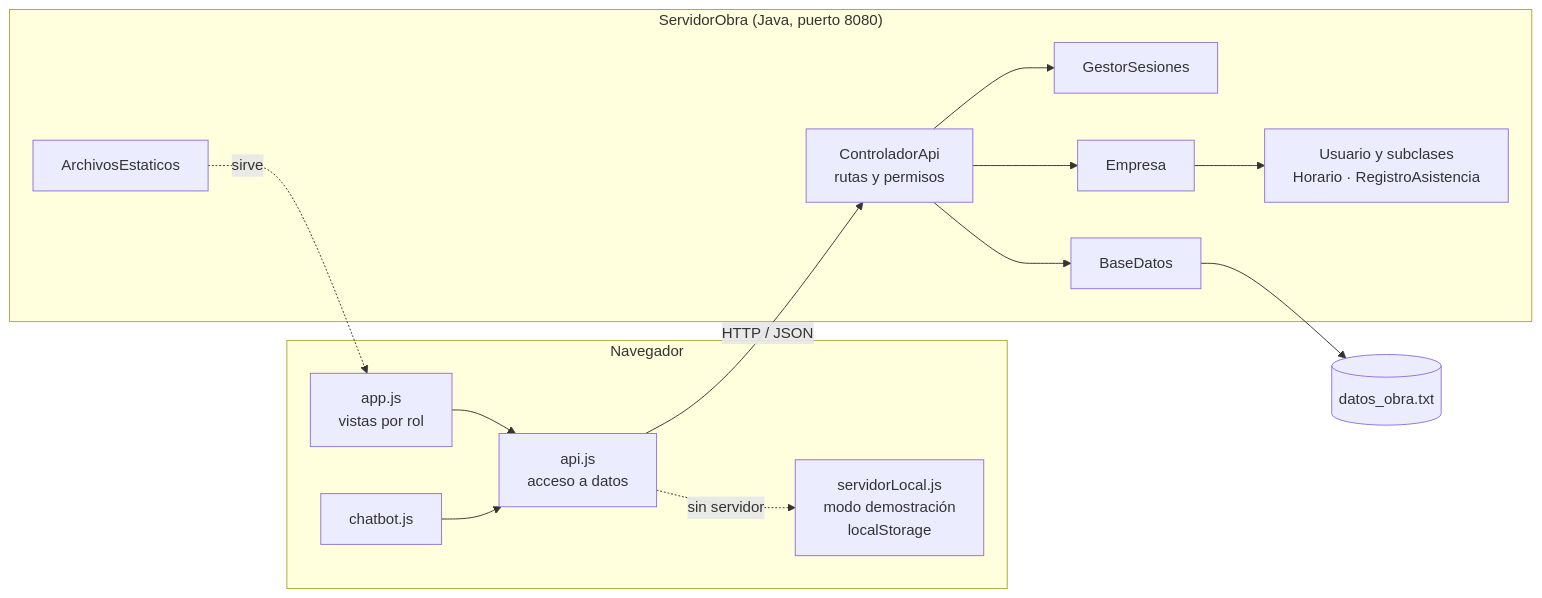
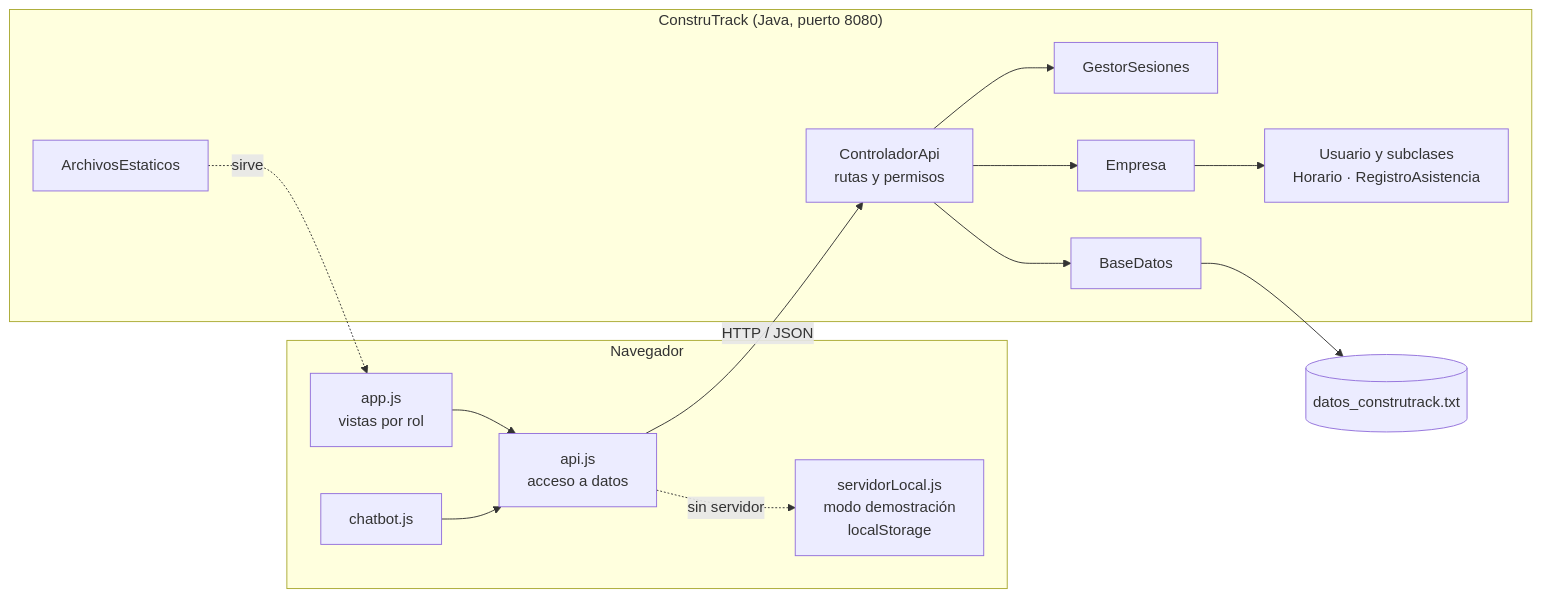
One commit to diavolo34/Proyecto-Poo changed the diagram in README.md. Above: the diagram before and after it, drawn with Mermaid. The commit also changed other lines of this file and 5 other files, not shown here.

````diff
--- a/README.md
+++ b/README.md
@@ -45,17 +45,17 @@
 ```mermaid
 flowchart LR
     subgraph Navegador
         UI[app.js<br/>vistas por rol] --> API[api.js<br/>acceso a datos]
         BOT[chatbot.js] --> API
         API -. sin servidor .-> DEMO[servidorLocal.js<br/>modo demostración<br/>localStorage]
     end
     API -- HTTP / JSON --> CTRL
-    subgraph "ServidorObra (Java, puerto 8080)"
+    subgraph "ConstruTrack (Java, puerto 8080)"
         CTRL[ControladorApi<br/>rutas y permisos] --> SES[GestorSesiones]
         CTRL --> EMP[Empresa]
         EMP --> USR[Usuario y subclases<br/>Horario · RegistroAsistencia]
         CTRL --> BD[BaseDatos]
         EST[ArchivosEstaticos] -. sirve .-> UI
     end
-    BD --> TXT[(datos_obra.txt)]
+    BD --> TXT[(datos_construtrack.txt)]
 ```
````
